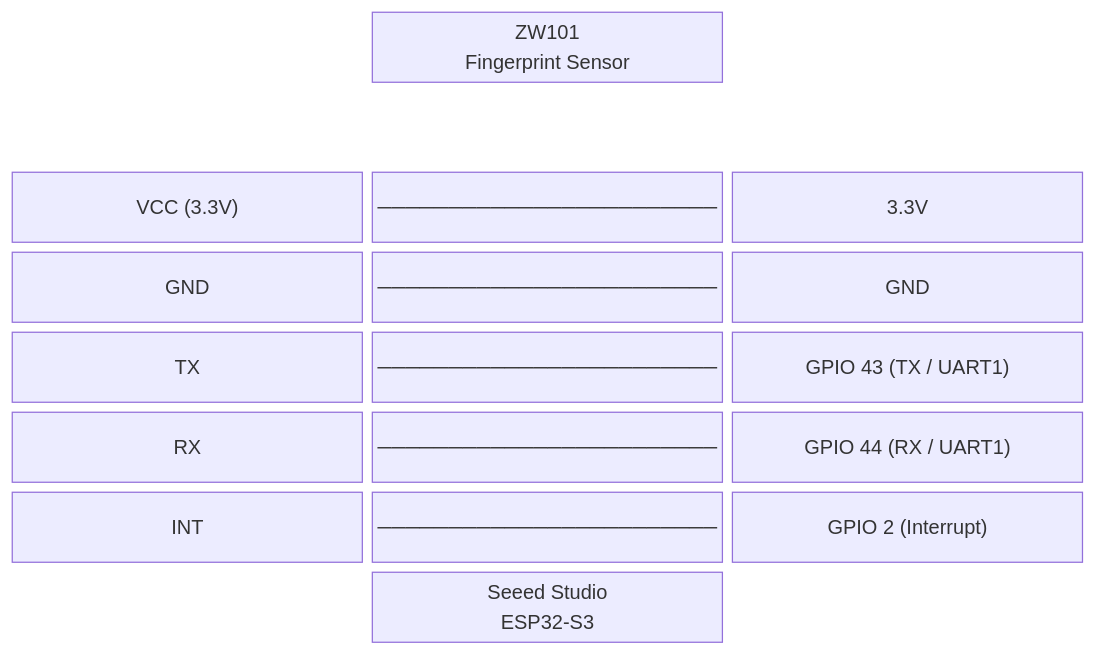
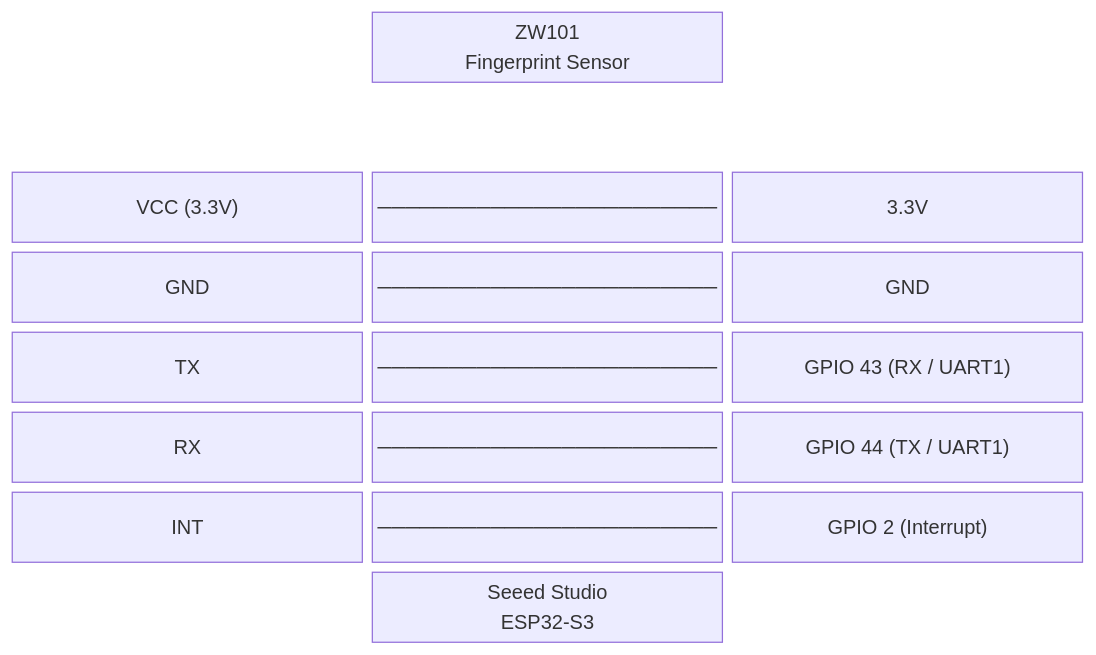
Before and after one commit to misa198/tinyTouch: the diagram in README.md, drawn with Mermaid. The commit also changed other lines of this file and 1 other file, not shown here.

Commit message:
fix: tx rx pin

````diff
--- a/README.md
+++ b/README.md
@@ -189,34 +189,34 @@
 ```mermaid
 block-beta
   columns 3
 
   space:1
   sensor["ZW101\nFingerprint Sensor"]:1
   space:1
 
   space:3
 
   vcc_s["VCC (3.3V)"]
   wire_vcc["────────────────────────"]
   vcc_e["3.3V"]
 
   gnd_s["GND"]
   wire_gnd["────────────────────────"]
   gnd_e["GND"]
 
   tx_s["TX"]
   wire_tx["────────────────────────"]
-  tx_e["GPIO 43 (TX / UART1)"]
+  tx_e["GPIO 43 (RX / UART1)"]
 
   rx_s["RX"]
   wire_rx["────────────────────────"]
-  rx_e["GPIO 44 (RX / UART1)"]
+  rx_e["GPIO 44 (TX / UART1)"]
 
   int_s["INT"]
   wire_int["────────────────────────"]
   int_e["GPIO 2 (Interrupt)"]
 
   space:1
   esp["Seeed Studio\nESP32-S3"]:1
   space:1
 ```
````
